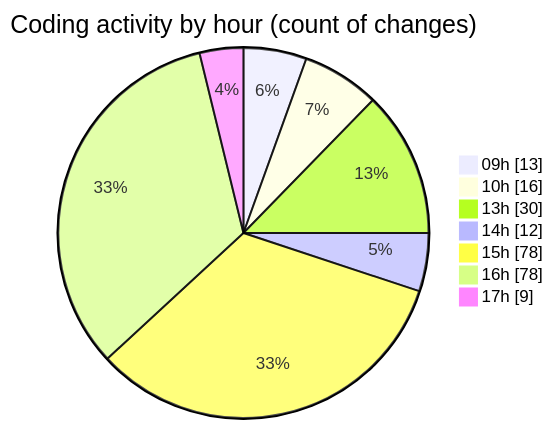
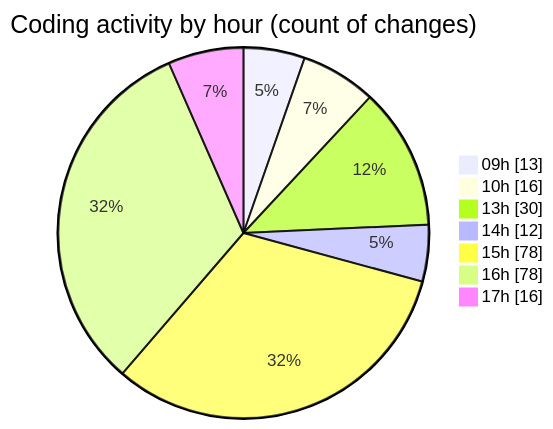
Before and after one commit to momahboobian/code-tracking: the second of 2 diagrams in 2025-03-31/cda/README.md, drawn with Mermaid. The commit also changed other lines of this file and 1 other file, not shown here.

````diff
--- a/2025-03-31/cda/README.md
+++ b/2025-03-31/cda/README.md
@@ -50,11 +50,11 @@
 ```mermaid
 pie showData
 title Coding activity by hour (count of changes)
 "09h" : 13
 "10h" : 16
 "13h" : 30
 "14h" : 12
 "15h" : 78
 "16h" : 78
-"17h" : 9
+"17h" : 16
 ```
````
